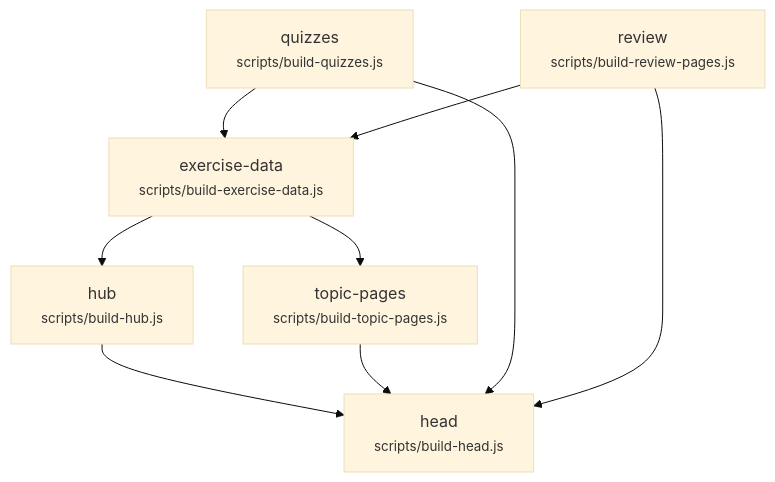
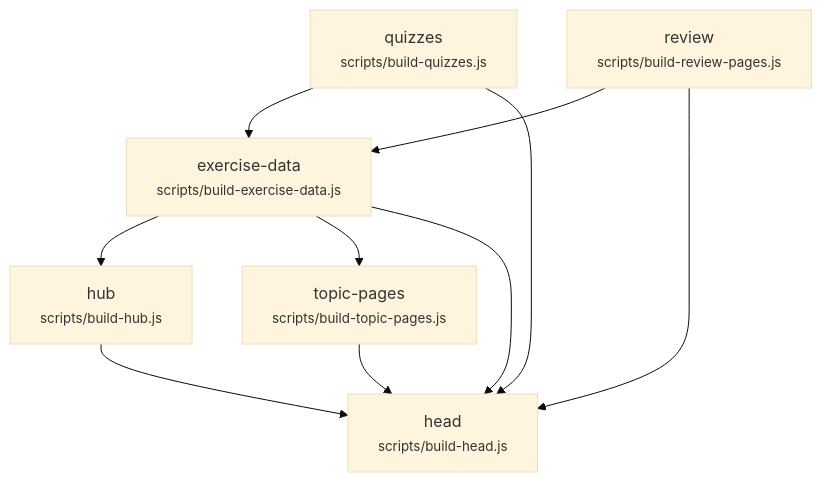
The diagram in docs/build-graph.mmd (EnglishOnlineTraining/vocab-games), drawn with Mermaid (base theme) before and after one commit. The commit also changed 228 other files, not shown here.

```diff
--- a/docs/build-graph.mmd
+++ b/docs/build-graph.mmd
@@ -1,17 +1,18 @@
 %% GENERATED by scripts/build.js --write-graph — do not edit by hand.
 %% Run `node scripts/build.js --write-graph` after changing scripts/pipeline.js.
 graph TD
   quizzes["quizzes<br/><small>scripts/build-quizzes.js</small>"]
   review["review<br/><small>scripts/build-review-pages.js</small>"]
   exercise_data["exercise-data<br/><small>scripts/build-exercise-data.js</small>"]
   hub["hub<br/><small>scripts/build-hub.js</small>"]
   topic_pages["topic-pages<br/><small>scripts/build-topic-pages.js</small>"]
   head["head<br/><small>scripts/build-head.js</small>"]
   quizzes --> exercise_data
   review --> exercise_data
   exercise_data --> hub
   exercise_data --> topic_pages
   hub --> head
   topic_pages --> head
   quizzes --> head
   review --> head
+  exercise_data --> head
```
